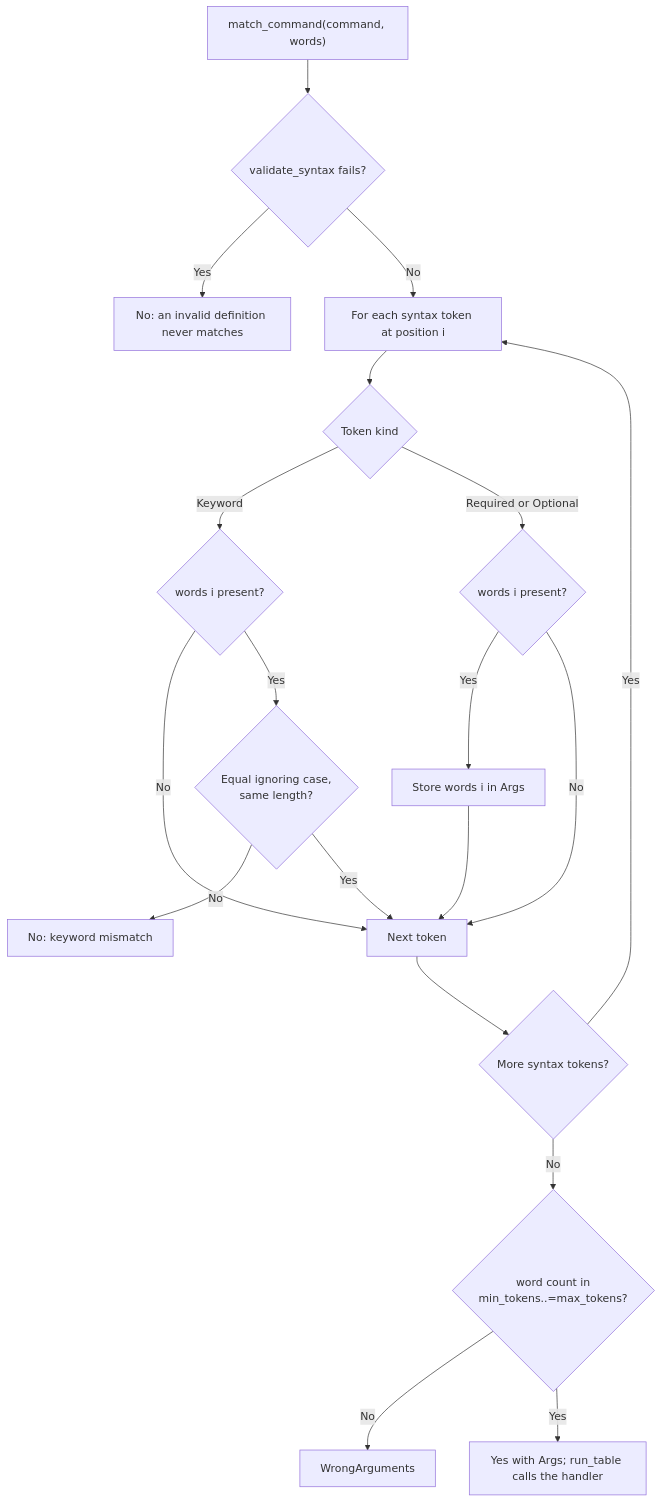
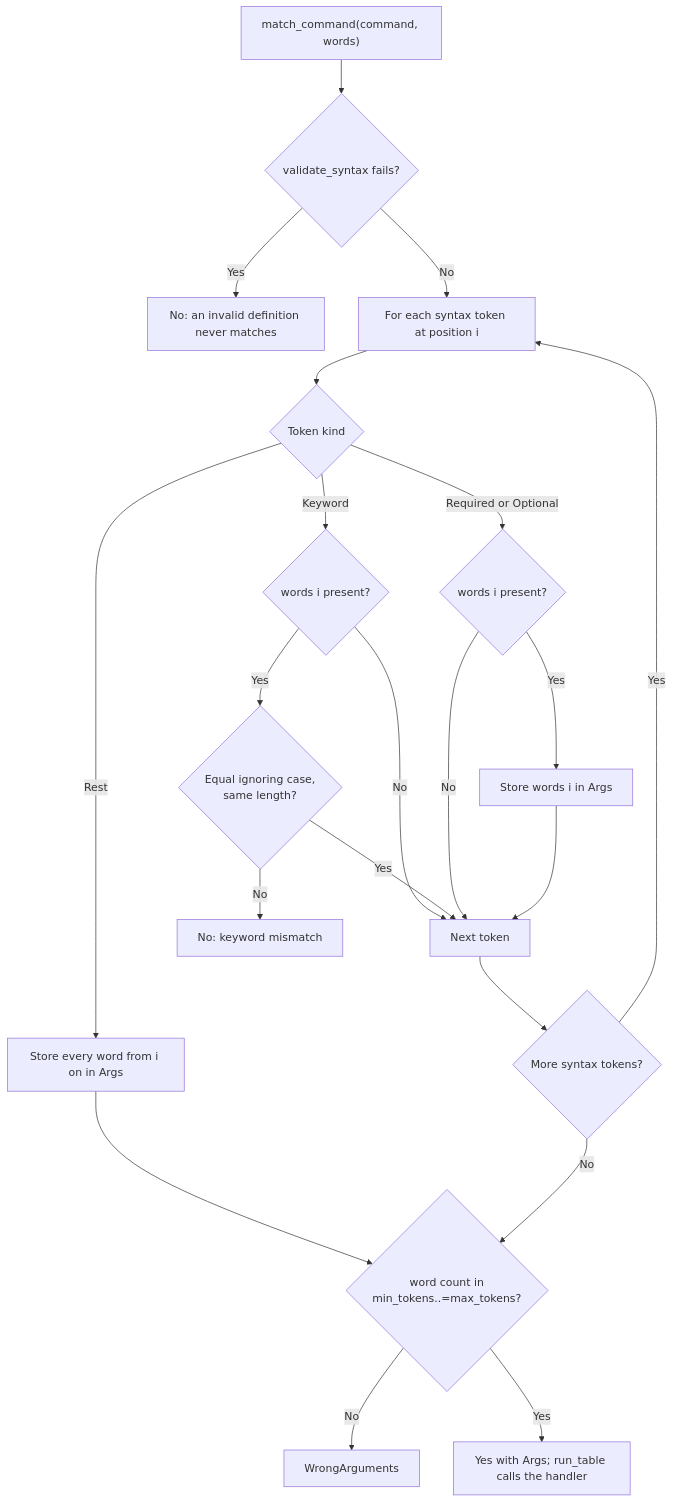
One commit to ironkernel01/IPMIRustFRU changed the fourth of 5 diagrams in crates/ipmc-menu/MenuDocumentation.md. Above: the diagram before and after it, drawn with Mermaid. The commit also changed other lines of this file and 3 other files, not shown here.

````diff
--- a/crates/ipmc-menu/MenuDocumentation.md
+++ b/crates/ipmc-menu/MenuDocumentation.md
@@ -144,21 +168,23 @@
 ```mermaid
 flowchart TD
     A["match_command(command, words)"] --> B{"validate_syntax fails?"}
     B -- Yes --> Z1["No: an invalid definition never matches"]
     B -- No --> C["For each syntax token at position i"]
     C --> D{"Token kind"}
     D -- Keyword --> E{"words i present?"}
     E -- No --> H
     E -- Yes --> F{"Equal ignoring case,<br/>same length?"}
     F -- No --> Z2["No: keyword mismatch"]
     F -- Yes --> H["Next token"]
+    D -- "Rest" --> RS["Store every word from i on in Args"]
+    RS --> K
     D -- "Required or Optional" --> G{"words i present?"}
     G -- Yes --> I["Store words i in Args"]
     G -- No --> H
     I --> H
     H --> J{"More syntax tokens?"}
     J -- Yes --> C
     J -- No --> K{"word count in<br/>min_tokens..=max_tokens?"}
     K -- No --> Z3["WrongArguments"]
     K -- Yes --> Z4["Yes with Args; run_table calls the handler"]
 ```
````
